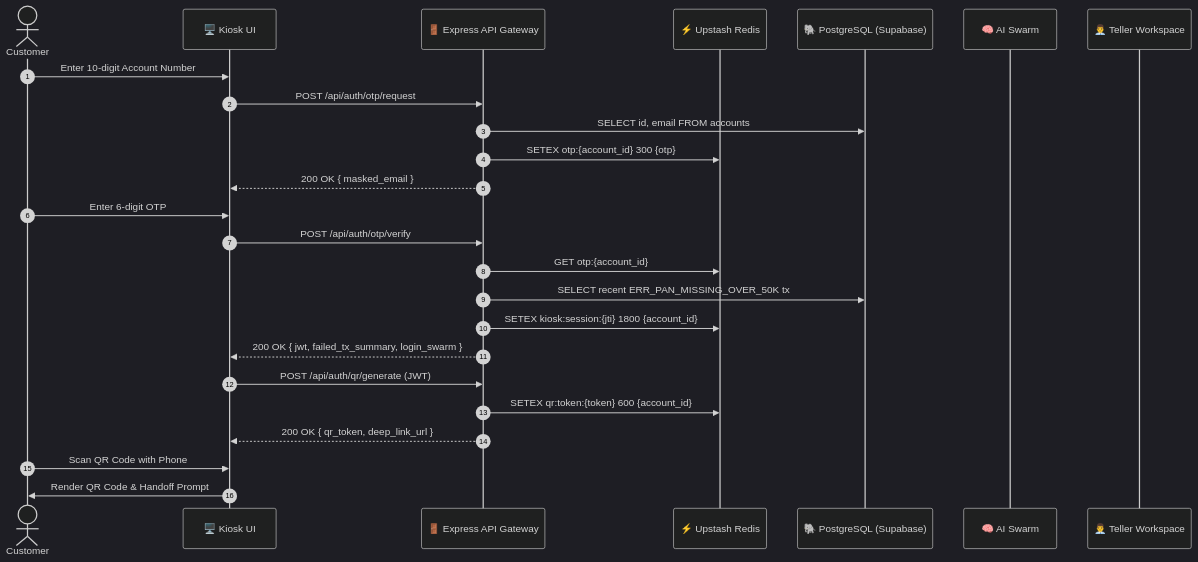
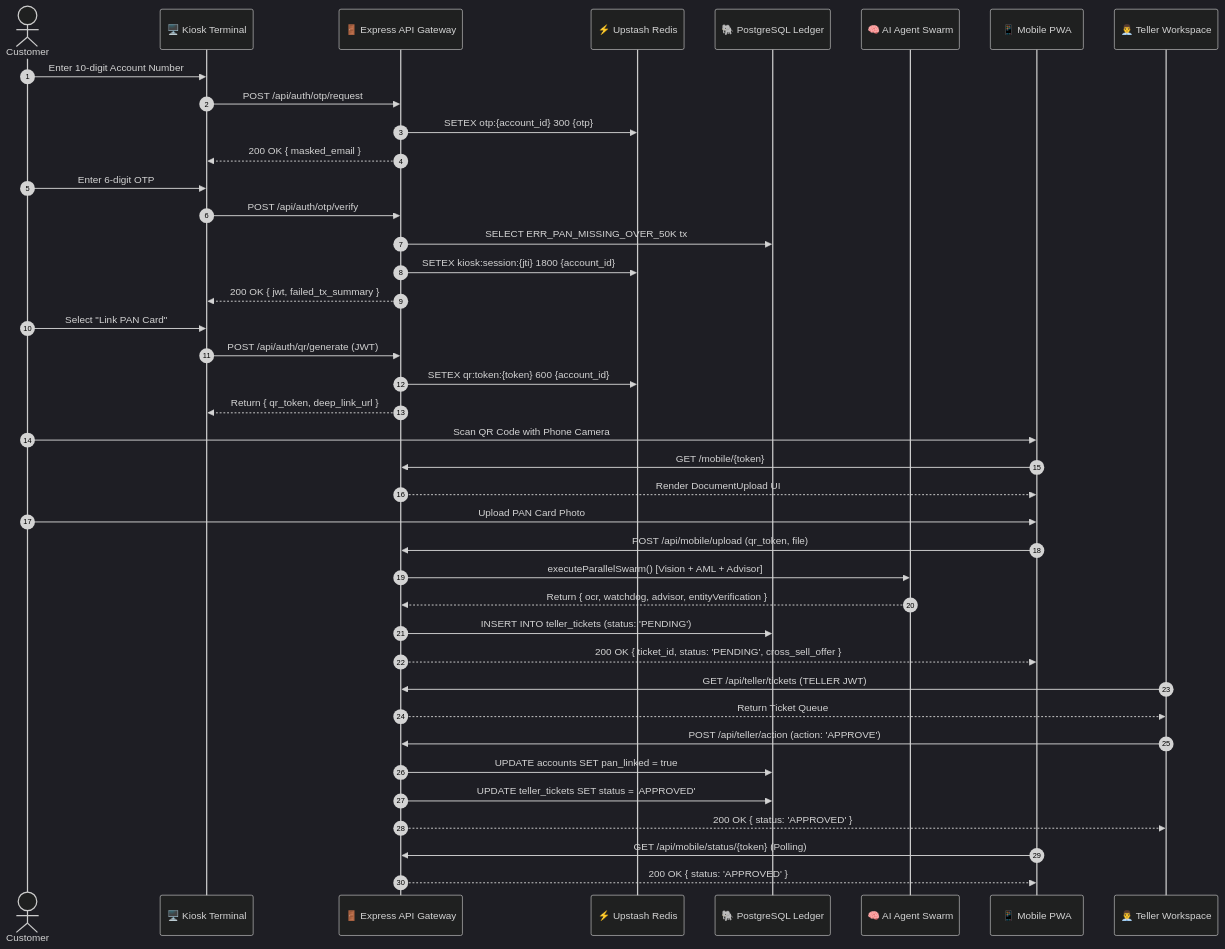
Before and after one commit to mithunrajmr/torii: the second of 3 diagrams in Readme.md, drawn with Mermaid (dark theme). The commit also changed other lines of this file, not shown here.

````diff
--- a/Readme.md
+++ b/Readme.md
@@ -233,31 +246,49 @@
 ```mermaid
 sequenceDiagram
     autonumber
     actor Customer
-    participant Kiosk as 🖥️ Kiosk UI
+    participant Kiosk as 🖥️ Kiosk Terminal
     participant Gateway as 🚪 Express API Gateway
     participant Redis as ⚡ Upstash Redis
-    participant DB as 🐘 PostgreSQL (Supabase)
-    participant Swarm as 🧠 AI Swarm
+    participant DB as 🐘 PostgreSQL Ledger
+    participant Swarm as 🧠 AI Agent Swarm
+    participant Mobile as 📱 Mobile PWA
     participant Teller as 👨‍💼 Teller Workspace
 
     Customer->>Kiosk: Enter 10-digit Account Number
     Kiosk->>Gateway: POST /api/auth/otp/request
-    Gateway->>DB: SELECT id, email FROM accounts
     Gateway->>Redis: SETEX otp:{account_id} 300 {otp}
     Gateway-->>Kiosk: 200 OK { masked_email }
 
     Customer->>Kiosk: Enter 6-digit OTP
     Kiosk->>Gateway: POST /api/auth/otp/verify
-    Gateway->>Redis: GET otp:{account_id}
-    Gateway->>DB: SELECT recent ERR_PAN_MISSING_OVER_50K tx
+    Gateway->>DB: SELECT ERR_PAN_MISSING_OVER_50K tx
     Gateway->>Redis: SETEX kiosk:session:{jti} 1800 {account_id}
-    Gateway-->>Kiosk: 200 OK { jwt, failed_tx_summary, login_swarm }
+    Gateway-->>Kiosk: 200 OK { jwt, failed_tx_summary }
 
+    Customer->>Kiosk: Select "Link PAN Card"
     Kiosk->>Gateway: POST /api/auth/qr/generate (JWT)
     Gateway->>Redis: SETEX qr:token:{token} 600 {account_id}
-    Gateway-->>Kiosk: 200 OK { qr_token, deep_link_url }
+    Gateway-->>Kiosk: Return { qr_token, deep_link_url }
 
-    Customer->>Kiosk: Scan QR Code with Phone
-    Kiosk->>Customer: Render QR Code & Handoff Prompt
+    Customer->>Mobile: Scan QR Code with Phone Camera
+    Mobile->>Gateway: GET /mobile/{token}
+    Gateway-->>Mobile: Render DocumentUpload UI
+
+    Customer->>Mobile: Upload PAN Card Photo
+    Mobile->>Gateway: POST /api/mobile/upload (qr_token, file)
+    Gateway->>Swarm: executeParallelSwarm() [Vision + AML + Advisor]
+    Swarm-->>Gateway: Return { ocr, watchdog, advisor, entityVerification }
+    Gateway->>DB: INSERT INTO teller_tickets (status: 'PENDING')
+    Gateway-->>Mobile: 200 OK { ticket_id, status: 'PENDING', cross_sell_offer }
+
+    Teller->>Gateway: GET /api/teller/tickets (TELLER JWT)
+    Gateway-->>Teller: Return Ticket Queue
+    Teller->>Gateway: POST /api/teller/action (action: 'APPROVE')
+    Gateway->>DB: UPDATE accounts SET pan_linked = true
+    Gateway->>DB: UPDATE teller_tickets SET status = 'APPROVED'
+    Gateway-->>Teller: 200 OK { status: 'APPROVED' }
+
+    Mobile->>Gateway: GET /api/mobile/status/{token} (Polling)
+    Gateway-->>Mobile: 200 OK { status: 'APPROVED' }
 ```
````
